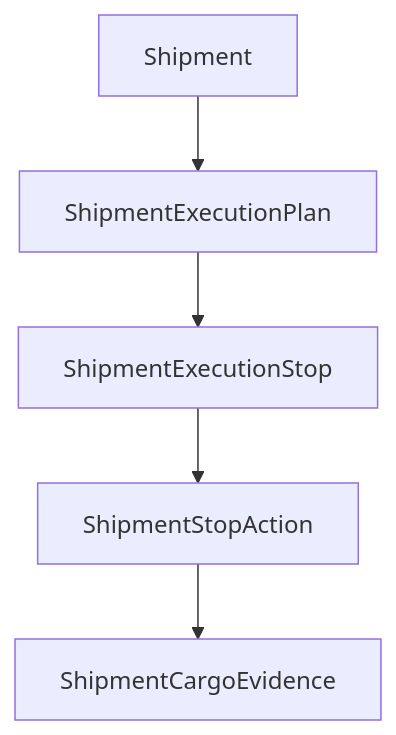
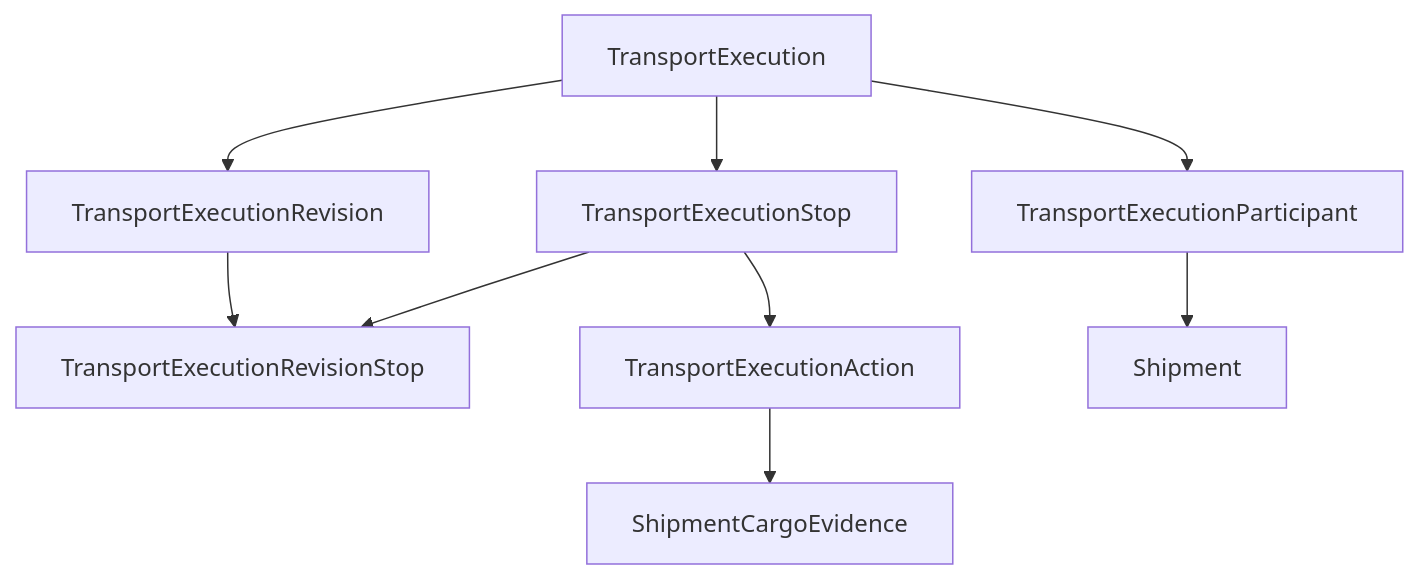
The second of 2 diagrams in docs/architecture/tms-multistop/DOMAIN_MODEL.md (f9999737292-bit/Freihgt-platform), drawn with Mermaid before and after one commit. The commit also changed other lines of this file and 20 other files, not shown here.

Commit message:
docs(tms): resolve multi-stop execution freeze findings

````diff
--- a/docs/architecture/tms-multistop/DOMAIN_MODEL.md
+++ b/docs/architecture/tms-multistop/DOMAIN_MODEL.md
@@ -48,12 +59,19 @@
 ```mermaid
 flowchart TD
+  Route[TransportExecution]
+  Revision[TransportExecutionRevision]
+  Link[TransportExecutionRevisionStop]
+  Stop[TransportExecutionStop]
+  Action[TransportExecutionAction]
+  Participant[TransportExecutionParticipant]
   Shipment[Shipment]
-  Plan[ShipmentExecutionPlan]
-  Stop[ShipmentExecutionStop]
-  Action[ShipmentStopAction]
   Evidence[ShipmentCargoEvidence]
-  Shipment --> Plan
-  Plan --> Stop
+  Route --> Revision
+  Route --> Stop
+  Route --> Participant
+  Revision --> Link
+  Stop --> Link
   Stop --> Action
+  Participant --> Shipment
   Action --> Evidence
 ```
````
